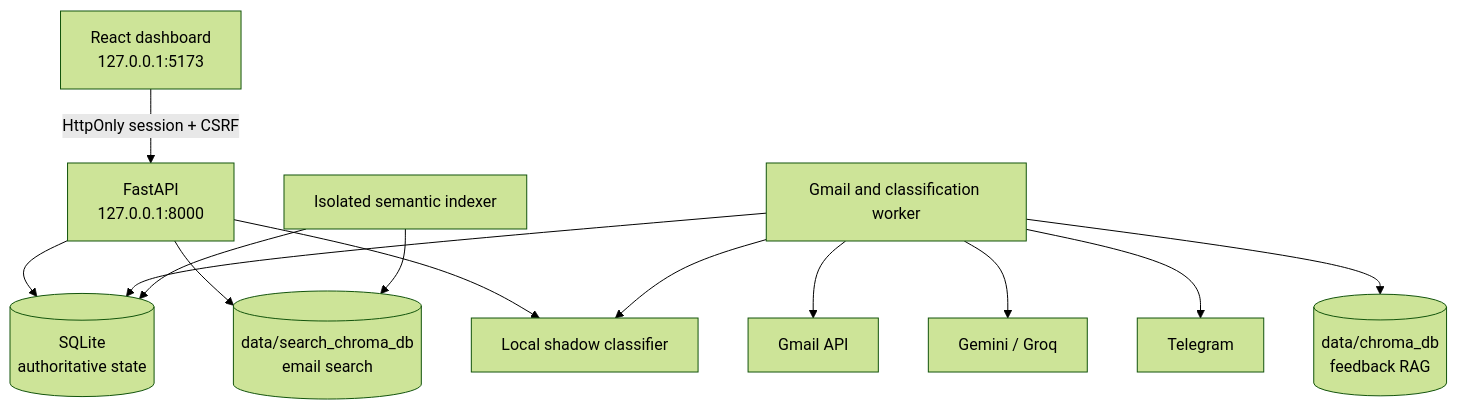
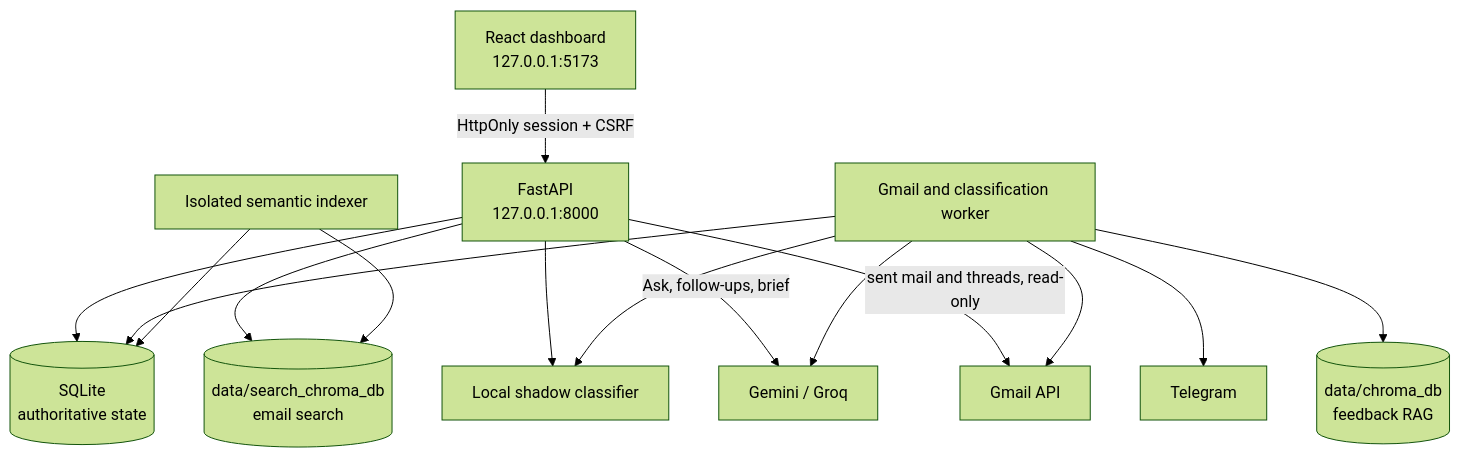
One commit to Priyanshh1407/MailMind changed the second of 2 diagrams in README.md. Above: the diagram before and after it, drawn with Mermaid (forest theme). The commit also changed other lines of this file and 23 other files, not shown here.

````diff
--- a/README.md
+++ b/README.md
@@ -59,27 +62,29 @@
 ```mermaid
 flowchart TB
   Browser[React dashboard<br/>127.0.0.1:5173]
   API[FastAPI<br/>127.0.0.1:8000]
   DB[(SQLite<br/>authoritative state)]
   Worker[Gmail and classification worker]
   Indexer[Isolated semantic indexer]
   Feedback[(data/chroma_db<br/>feedback RAG)]
   Search[(data/search_chroma_db<br/>email search)]
   Gmail[Gmail API]
   Models[Gemini / Groq]
   Local[Local shadow classifier]
   Telegram[Telegram]
 
   Browser -->|HttpOnly session + CSRF| API
   API --> DB
   API --> Search
   API --> Local
+  API -->|Ask, follow-ups, brief| Models
+  API -->|sent mail and threads, read-only| Gmail
   Worker --> DB
   Worker --> Gmail
   Worker --> Models
   Worker --> Local
   Worker --> Telegram
   Worker --> Feedback
   Indexer --> DB
   Indexer --> Search
 ```
````
